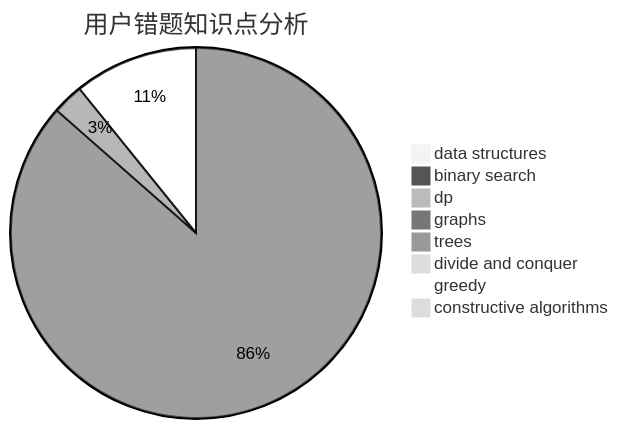
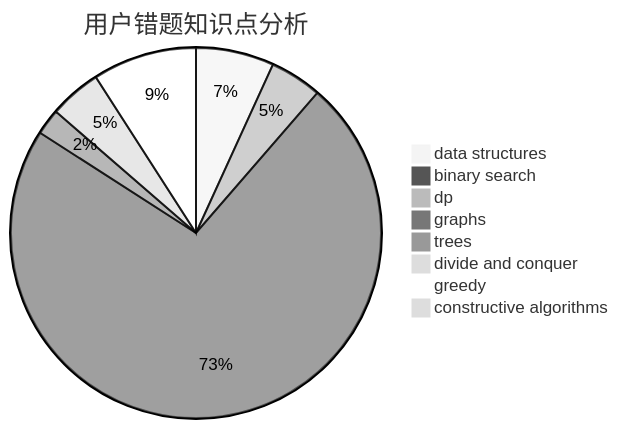
Before and after one commit to sherpahu/cfrs.github.io: the third of 3 diagrams in docs/user/u1035.md, drawn with Mermaid (neutral theme). The commit also changed other lines of this file and 2770 other files, not shown here.

````diff
--- a/docs/user/u1035.md
+++ b/docs/user/u1035.md
@@ -36,11 +36,11 @@
 ```mermaid
 pie title 用户错题知识点分析
-    "data structures" :  0
+    "data structures" :  3
     "binary search" :  0
-    "dp" :  0
+    "dp" :  2
     "graphs" :  32
     "trees" :  1
-    "divide and conquer" :  0
+    "divide and conquer" :  2
     "greedy" :  4
     "constructive algorithms" :  0
 ```
````
